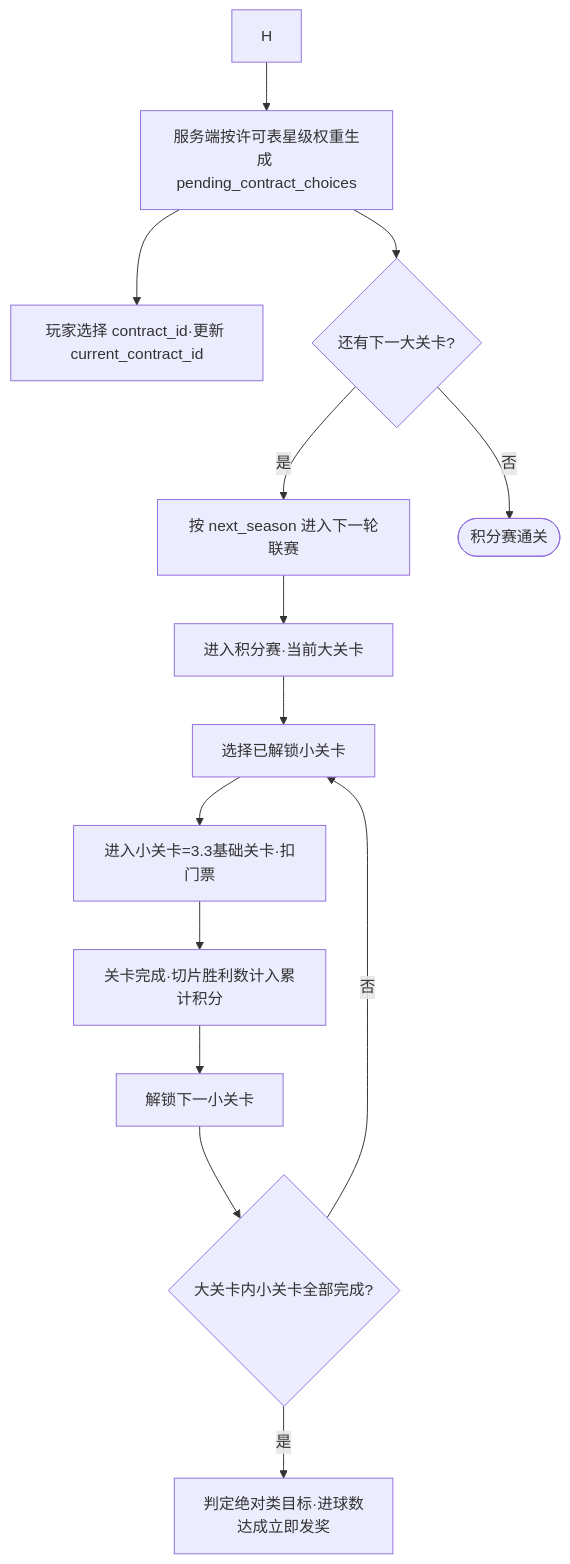
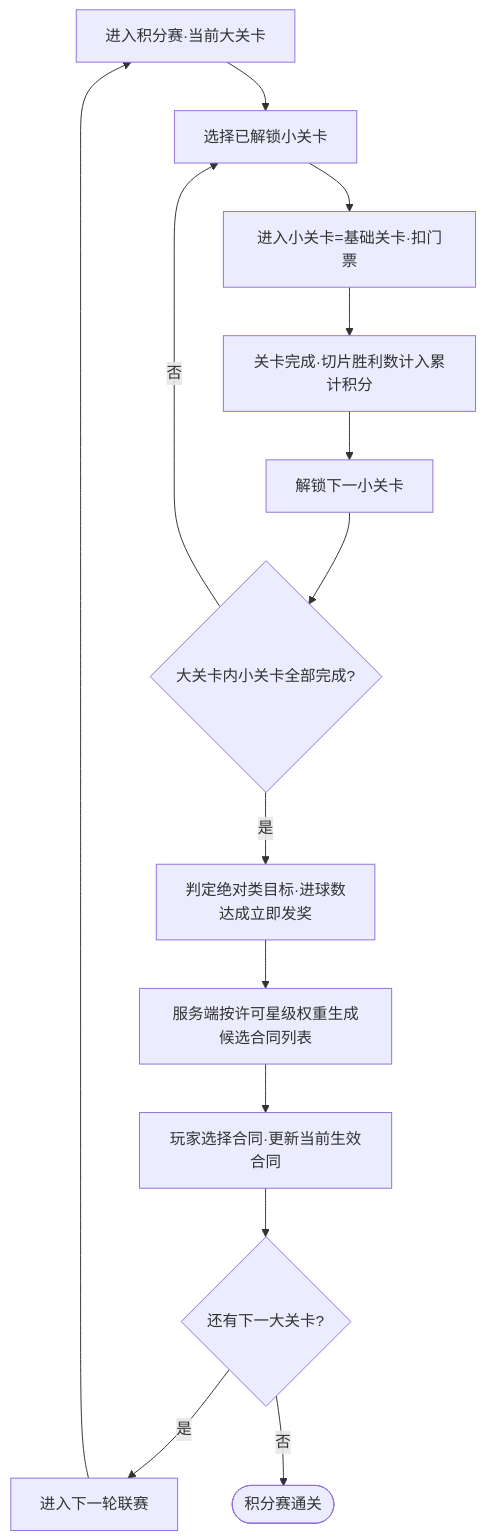
Before and after one commit to RehearsalTap4Fun/MindToDoc: the sixth of 8 diagrams in output/2026世界杯主题活动.md, drawn with Mermaid. The commit also changed other lines of this file and 4 other files, not shown here.

````diff
--- a/output/2026世界杯主题活动.md
+++ b/output/2026世界杯主题活动.md
@@ -333,15 +313,15 @@
 ```mermaid
 flowchart TD
     A[进入积分赛·当前大关卡] --> B[选择已解锁小关卡]
-    B --> C[进入小关卡=3.3基础关卡·扣门票]
+    B --> C[进入小关卡=基础关卡·扣门票]
     C --> D[关卡完成·切片胜利数计入累计积分]
     D --> E[解锁下一小关卡]
     E --> F{大关卡内小关卡全部完成?}
     F -->|否| B
     F -->|是| G[判定绝对类目标·进球数<br/>达成立即发奖]
-    H --> J[服务端按许可表星级权重生成 pending_contract_choices]
-    J --> J2[玩家选择 contract_id·更新 current_contract_id]
-    J --> K{还有下一大关卡?}
-    K -->|是| L[按 next_season 进入下一轮联赛] --> A
+    G --> J[服务端按许可星级权重生成候选合同列表]
+    J --> J2[玩家选择合同·更新当前生效合同]
+    J2 --> K{还有下一大关卡?}
+    K -->|是| L[进入下一轮联赛] --> A
     K -->|否| M([积分赛通关])
 ```
````
